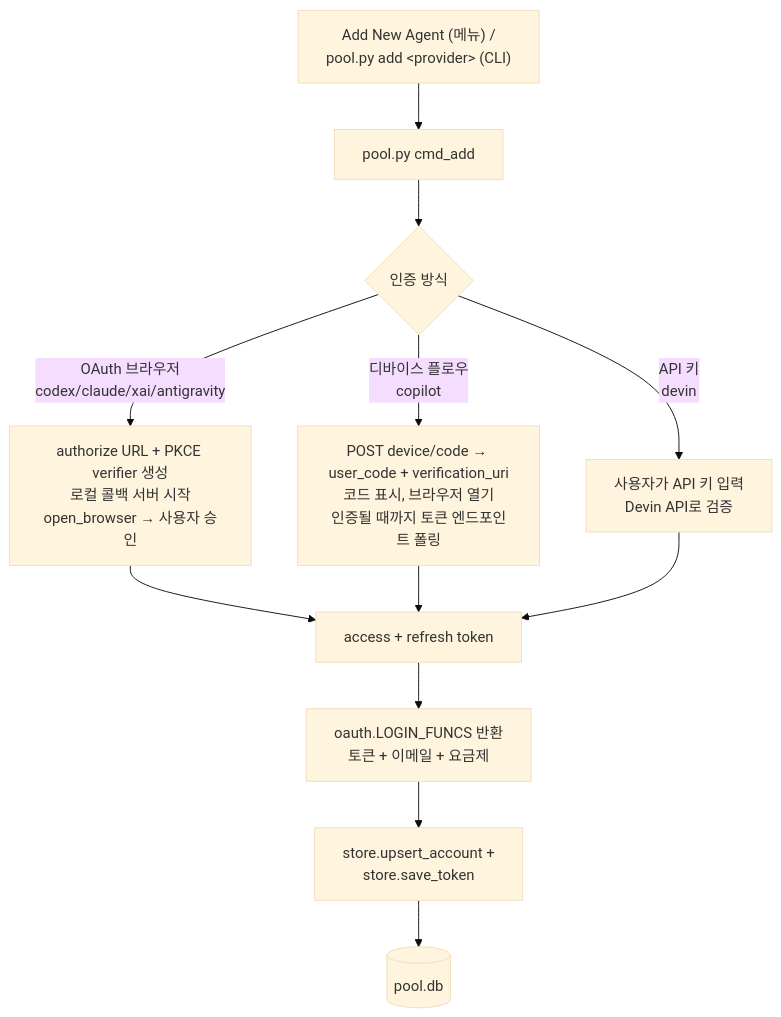
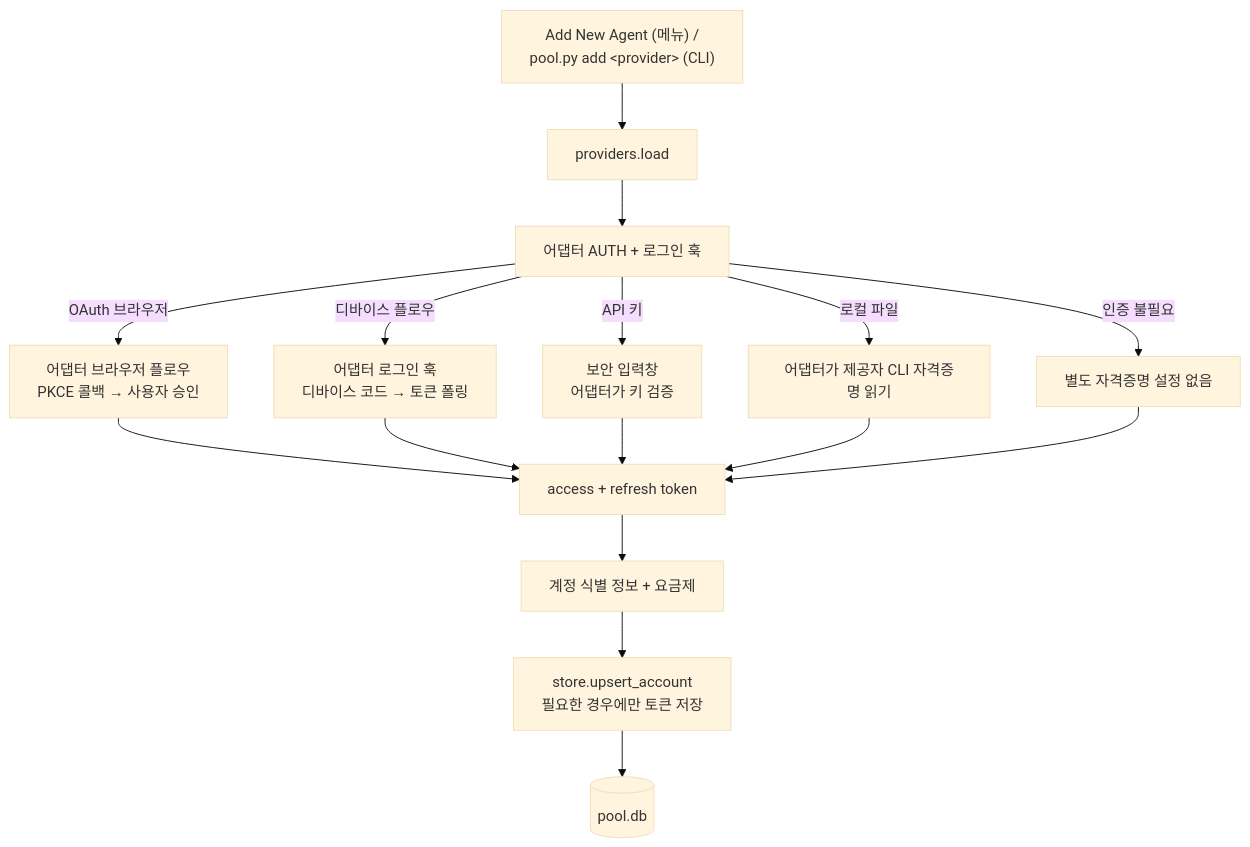
One commit to adld-ai/tokenalytics changed the second of 3 diagrams in README.ko.md. Above: the diagram before and after it, drawn with Mermaid (base theme). The commit also changed other lines of this file and 3 other files, not shown here.

````diff
--- a/README.ko.md
+++ b/README.ko.md
@@ -131,14 +139,18 @@
 ```mermaid
 flowchart TD
-    A["Add New Agent (메뉴) /<br/>pool.py add &lt;provider&gt; (CLI)"] --> B[pool.py cmd_add]
-    B --> C{인증 방식}
-    C -->|OAuth 브라우저<br/>codex/claude/xai/antigravity| D1["authorize URL + PKCE verifier 생성<br/>로컬 콜백 서버 시작<br/>open_browser → 사용자 승인"]
-    C -->|디바이스 플로우<br/>copilot| D2["POST device/code → user_code + verification_uri<br/>코드 표시, 브라우저 열기<br/>인증될 때까지 토큰 엔드포인트 폴링"]
-    C -->|API 키<br/>devin| D3["사용자가 API 키 입력<br/>Devin API로 검증"]
+    A["Add New Agent (메뉴) /<br/>pool.py add &lt;provider&gt; (CLI)"] --> B[providers.load]
+    B --> C[어댑터 AUTH + 로그인 훅]
+    C -->|OAuth 브라우저| D1["어댑터 브라우저 플로우<br/>PKCE 콜백 → 사용자 승인"]
+    C -->|디바이스 플로우| D2["어댑터 로그인 훅<br/>디바이스 코드 → 토큰 폴링"]
+    C -->|API 키| D3["보안 입력창<br/>어댑터가 키 검증"]
+    C -->|로컬 파일| D4["어댑터가 제공자 CLI 자격증명 읽기"]
+    C -->|인증 불필요| D5[별도 자격증명 설정 없음]
     D1 --> E["access + refresh token"]
     D2 --> E
     D3 --> E
-    E --> F["oauth.LOGIN_FUNCS 반환<br/>토큰 + 이메일 + 요금제"]
-    F --> G["store.upsert_account +<br/>store.save_token"]
+    D4 --> E
+    D5 --> E
+    E --> F["계정 식별 정보 + 요금제"]
+    F --> G["store.upsert_account<br/>필요한 경우에만 토큰 저장"]
     G --> H[(pool.db)]
 ```
````
